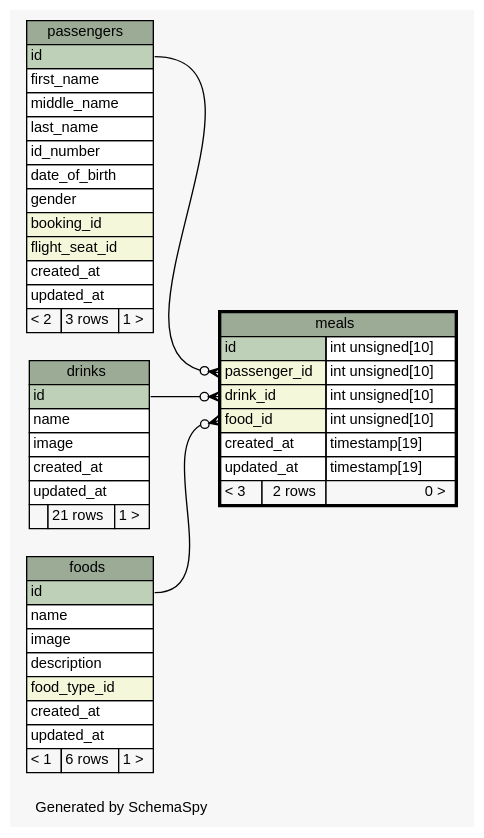
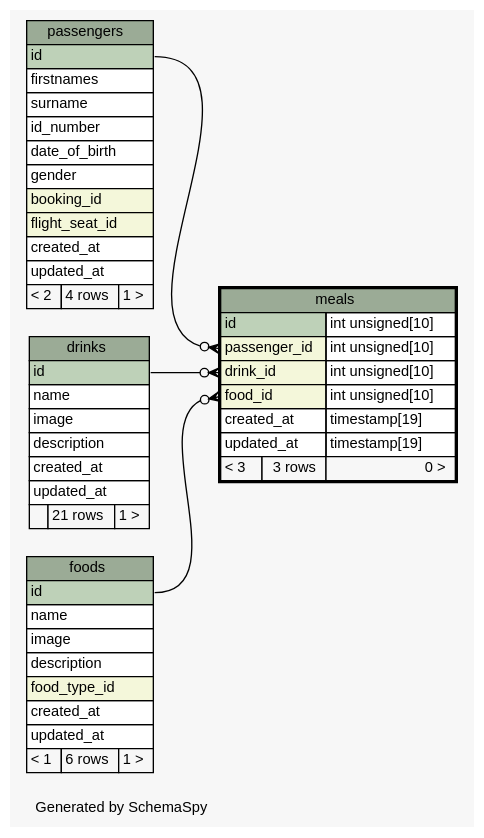
One commit to joaonzangoII/flightbookingsystem changed the diagram in web/app/database/schema/diagrams/meals.1degree.dot. Above: the diagram before and after it, drawn with Graphviz. The commit also changed 441 other files, not shown here.

```diff
--- a/web/app/database/schema/diagrams/meals.1degree.dot
+++ b/web/app/database/schema/diagrams/meals.1degree.dot
@@ -1,90 +1,90 @@
-// dot 2.38.0 on Linux 4.8.0-49-generic
+// dot 2.38.0 on Linux 4.10.0-21-generic
 // SchemaSpy rev 590
 digraph "oneDegreeRelationshipsDiagram" {
   graph [
     rankdir="RL"
     bgcolor="#f7f7f7"
     label="\nGenerated by SchemaSpy"
     labeljust="l"
     nodesep="0.18"
     ranksep="0.46"
     fontname="Helvetica"
     fontsize="11"
   ];
   node [
     fontname="Helvetica"
     fontsize="11"
     shape="plaintext"
   ];
   edge [
     arrowsize="0.8"
   ];
   "meals":"drink_id":w -> "drinks":"id":e [arrowhead=none dir=back arrowtail=crowodot];
   "meals":"food_id":w -> "foods":"id":e [arrowhead=none dir=back arrowtail=crowodot];
   "meals":"passenger_id":w -> "passengers":"id":e [arrowhead=none dir=back arrowtail=crowodot];
   "drinks" [
     label=<
     <TABLE BORDER="0" CELLBORDER="1" CELLSPACING="0" BGCOLOR="#ffffff">
       <TR><TD COLSPAN="3" BGCOLOR="#9bab96" ALIGN="CENTER">drinks</TD></TR>
       <TR><TD PORT="id" COLSPAN="3" BGCOLOR="#bed1b8" ALIGN="LEFT">id</TD></TR>
       <TR><TD PORT="name" COLSPAN="3" ALIGN="LEFT">name</TD></TR>
       <TR><TD PORT="image" COLSPAN="3" ALIGN="LEFT">image</TD></TR>
+      <TR><TD PORT="description" COLSPAN="3" ALIGN="LEFT">description</TD></TR>
       <TR><TD PORT="created_at" COLSPAN="3" ALIGN="LEFT">created_at</TD></TR>
       <TR><TD PORT="updated_at" COLSPAN="3" ALIGN="LEFT">updated_at</TD></TR>
       <TR><TD ALIGN="LEFT" BGCOLOR="#f7f7f7">  </TD><TD ALIGN="RIGHT" BGCOLOR="#f7f7f7">21 rows</TD><TD ALIGN="RIGHT" BGCOLOR="#f7f7f7">1 &gt;</TD></TR>
     </TABLE>>
     URL="drinks.html"
     tooltip="drinks"
   ];
   "foods" [
     label=<
     <TABLE BORDER="0" CELLBORDER="1" CELLSPACING="0" BGCOLOR="#ffffff">
       <TR><TD COLSPAN="3" BGCOLOR="#9bab96" ALIGN="CENTER">foods</TD></TR>
       <TR><TD PORT="id" COLSPAN="3" BGCOLOR="#bed1b8" ALIGN="LEFT">id</TD></TR>
       <TR><TD PORT="name" COLSPAN="3" ALIGN="LEFT">name</TD></TR>
       <TR><TD PORT="image" COLSPAN="3" ALIGN="LEFT">image</TD></TR>
       <TR><TD PORT="description" COLSPAN="3" ALIGN="LEFT">description</TD></TR>
       <TR><TD PORT="food_type_id" COLSPAN="3" BGCOLOR="#f4f7da" ALIGN="LEFT">food_type_id</TD></TR>
       <TR><TD PORT="created_at" COLSPAN="3" ALIGN="LEFT">created_at</TD></TR>
       <TR><TD PORT="updated_at" COLSPAN="3" ALIGN="LEFT">updated_at</TD></TR>
       <TR><TD ALIGN="LEFT" BGCOLOR="#f7f7f7">&lt; 1</TD><TD ALIGN="RIGHT" BGCOLOR="#f7f7f7">6 rows</TD><TD ALIGN="RIGHT" BGCOLOR="#f7f7f7">1 &gt;</TD></TR>
     </TABLE>>
     URL="foods.html"
     tooltip="foods"
   ];
   "meals" [
     label=<
     <TABLE BORDER="2" CELLBORDER="1" CELLSPACING="0" BGCOLOR="#ffffff">
       <TR><TD COLSPAN="3" BGCOLOR="#9bab96" ALIGN="CENTER">meals</TD></TR>
       <TR><TD PORT="id" COLSPAN="2" BGCOLOR="#bed1b8" ALIGN="LEFT">id</TD><TD PORT="id.type" ALIGN="LEFT">int unsigned[10]</TD></TR>
       <TR><TD PORT="passenger_id" COLSPAN="2" BGCOLOR="#f4f7da" ALIGN="LEFT">passenger_id</TD><TD PORT="passenger_id.type" ALIGN="LEFT">int unsigned[10]</TD></TR>
       <TR><TD PORT="drink_id" COLSPAN="2" BGCOLOR="#f4f7da" ALIGN="LEFT">drink_id</TD><TD PORT="drink_id.type" ALIGN="LEFT">int unsigned[10]</TD></TR>
       <TR><TD PORT="food_id" COLSPAN="2" BGCOLOR="#f4f7da" ALIGN="LEFT">food_id</TD><TD PORT="food_id.type" ALIGN="LEFT">int unsigned[10]</TD></TR>
       <TR><TD PORT="created_at" COLSPAN="2" ALIGN="LEFT">created_at</TD><TD PORT="created_at.type" ALIGN="LEFT">timestamp[19]</TD></TR>
       <TR><TD PORT="updated_at" COLSPAN="2" ALIGN="LEFT">updated_at</TD><TD PORT="updated_at.type" ALIGN="LEFT">timestamp[19]</TD></TR>
-      <TR><TD ALIGN="LEFT" BGCOLOR="#f7f7f7">&lt; 3</TD><TD ALIGN="RIGHT" BGCOLOR="#f7f7f7">2 rows</TD><TD ALIGN="RIGHT" BGCOLOR="#f7f7f7">0 &gt;</TD></TR>
+      <TR><TD ALIGN="LEFT" BGCOLOR="#f7f7f7">&lt; 3</TD><TD ALIGN="RIGHT" BGCOLOR="#f7f7f7">3 rows</TD><TD ALIGN="RIGHT" BGCOLOR="#f7f7f7">0 &gt;</TD></TR>
     </TABLE>>
     URL="meals.html"
     tooltip="meals"
   ];
   "passengers" [
     label=<
     <TABLE BORDER="0" CELLBORDER="1" CELLSPACING="0" BGCOLOR="#ffffff">
       <TR><TD COLSPAN="3" BGCOLOR="#9bab96" ALIGN="CENTER">passengers</TD></TR>
       <TR><TD PORT="id" COLSPAN="3" BGCOLOR="#bed1b8" ALIGN="LEFT">id</TD></TR>
-      <TR><TD PORT="first_name" COLSPAN="3" ALIGN="LEFT">first_name</TD></TR>
-      <TR><TD PORT="middle_name" COLSPAN="3" ALIGN="LEFT">middle_name</TD></TR>
-      <TR><TD PORT="last_name" COLSPAN="3" ALIGN="LEFT">last_name</TD></TR>
+      <TR><TD PORT="firstnames" COLSPAN="3" ALIGN="LEFT">firstnames</TD></TR>
+      <TR><TD PORT="surname" COLSPAN="3" ALIGN="LEFT">surname</TD></TR>
       <TR><TD PORT="id_number" COLSPAN="3" ALIGN="LEFT">id_number</TD></TR>
       <TR><TD PORT="date_of_birth" COLSPAN="3" ALIGN="LEFT">date_of_birth</TD></TR>
       <TR><TD PORT="gender" COLSPAN="3" ALIGN="LEFT">gender</TD></TR>
       <TR><TD PORT="booking_id" COLSPAN="3" BGCOLOR="#f4f7da" ALIGN="LEFT">booking_id</TD></TR>
       <TR><TD PORT="flight_seat_id" COLSPAN="3" BGCOLOR="#f4f7da" ALIGN="LEFT">flight_seat_id</TD></TR>
       <TR><TD PORT="created_at" COLSPAN="3" ALIGN="LEFT">created_at</TD></TR>
       <TR><TD PORT="updated_at" COLSPAN="3" ALIGN="LEFT">updated_at</TD></TR>
-      <TR><TD ALIGN="LEFT" BGCOLOR="#f7f7f7">&lt; 2</TD><TD ALIGN="RIGHT" BGCOLOR="#f7f7f7">3 rows</TD><TD ALIGN="RIGHT" BGCOLOR="#f7f7f7">1 &gt;</TD></TR>
+      <TR><TD ALIGN="LEFT" BGCOLOR="#f7f7f7">&lt; 2</TD><TD ALIGN="RIGHT" BGCOLOR="#f7f7f7">4 rows</TD><TD ALIGN="RIGHT" BGCOLOR="#f7f7f7">1 &gt;</TD></TR>
     </TABLE>>
     URL="passengers.html"
     tooltip="passengers"
   ];
 }
```
